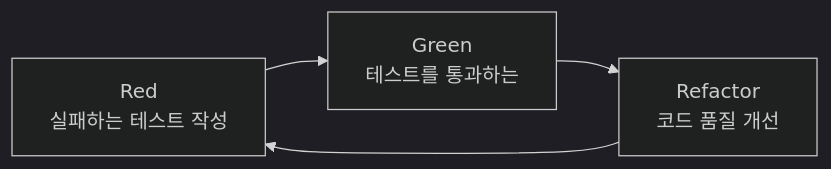
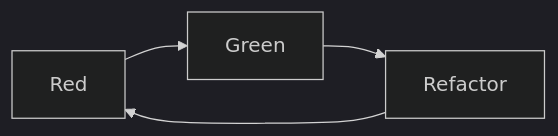
The first of 2 diagrams in _posts/test/2026-05-02-tdd-guide.md (yjkim2015/yjkim2015.github.io), drawn with Mermaid (dark theme) before and after one commit. The commit also changed other lines of this file and 217 other files, not shown here.

First line of the commit message:
Mermaid 크기 수정: useMaxWidth:true + SVG max-width:100% + 라벨 축소

````diff
--- a/_posts/test/2026-05-02-tdd-guide.md
+++ b/_posts/test/2026-05-02-tdd-guide.md
@@ -16,6 +16,6 @@
 ```mermaid
 graph LR
-    Red["Red\n실패하는 테스트 작성"] --> Green["Green\n테스트를 통과하는\n"]
-    Green --> Refactor["Refactor\n코드 품질 개선"]
+    Red["Red"] --> Green["Green"]
+    Green --> Refactor["Refactor"]
     Refactor --> Red
 ```
````
